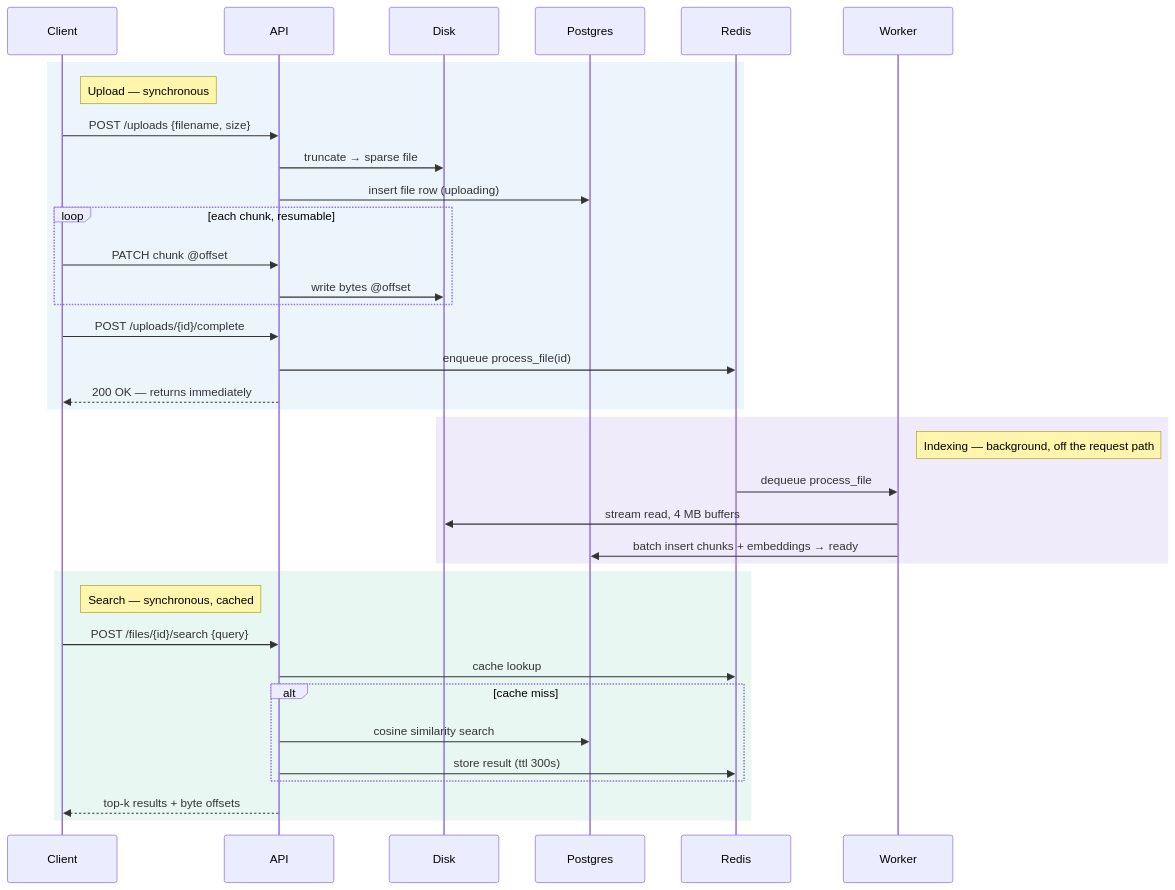
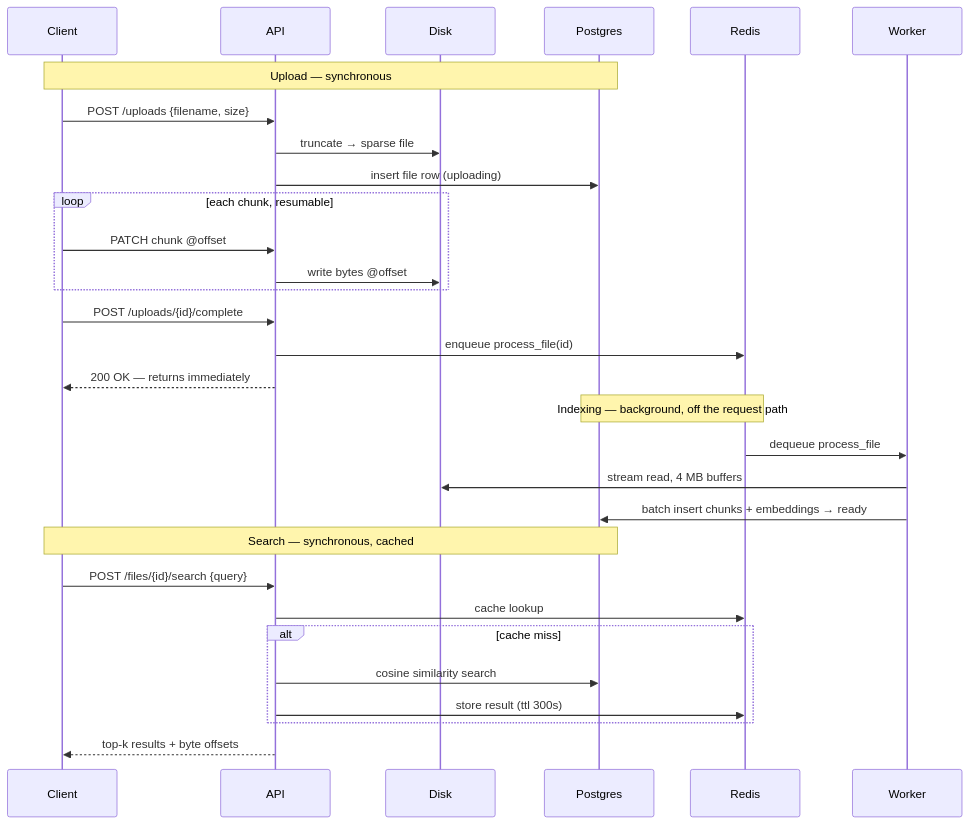
The diagram in README.md (PavanRaghavendraKulkarni/Daily-rounds), drawn with Mermaid before and after one commit.

````diff
--- a/README.md
+++ b/README.md
@@ -40,41 +40,35 @@
 ```mermaid
 sequenceDiagram
     participant Client
     participant API
     participant Disk
     participant Postgres
     participant Redis
     participant Worker
 
-    rect rgb(235, 245, 251)
-    note right of Client: Upload — synchronous
+    note over Client, Postgres: Upload — synchronous
     Client->>API: POST /uploads {filename, size}
     API->>Disk: truncate → sparse file
     API->>Postgres: insert file row (uploading)
     loop each chunk, resumable
         Client->>API: PATCH chunk @offset
         API->>Disk: write bytes @offset
     end
     Client->>API: POST /uploads/{id}/complete
     API->>Redis: enqueue process_file(id)
     API-->>Client: 200 OK — returns immediately
-    end
 
-    rect rgb(240, 235, 250)
-    note right of Worker: Indexing — background, off the request path
+    note over Redis, Postgres: Indexing — background, off the request path
     Redis->>Worker: dequeue process_file
     Worker->>Disk: stream read, 4 MB buffers
     Worker->>Postgres: batch insert chunks + embeddings → ready
-    end
 
-    rect rgb(232, 247, 241)
-    note right of Client: Search — synchronous, cached
+    note over Client, Postgres: Search — synchronous, cached
     Client->>API: POST /files/{id}/search {query}
     API->>Redis: cache lookup
     alt cache miss
         API->>Postgres: cosine similarity search
         API->>Redis: store result (ttl 300s)
     end
     API-->>Client: top-k results + byte offsets
-    end
 ```
````
